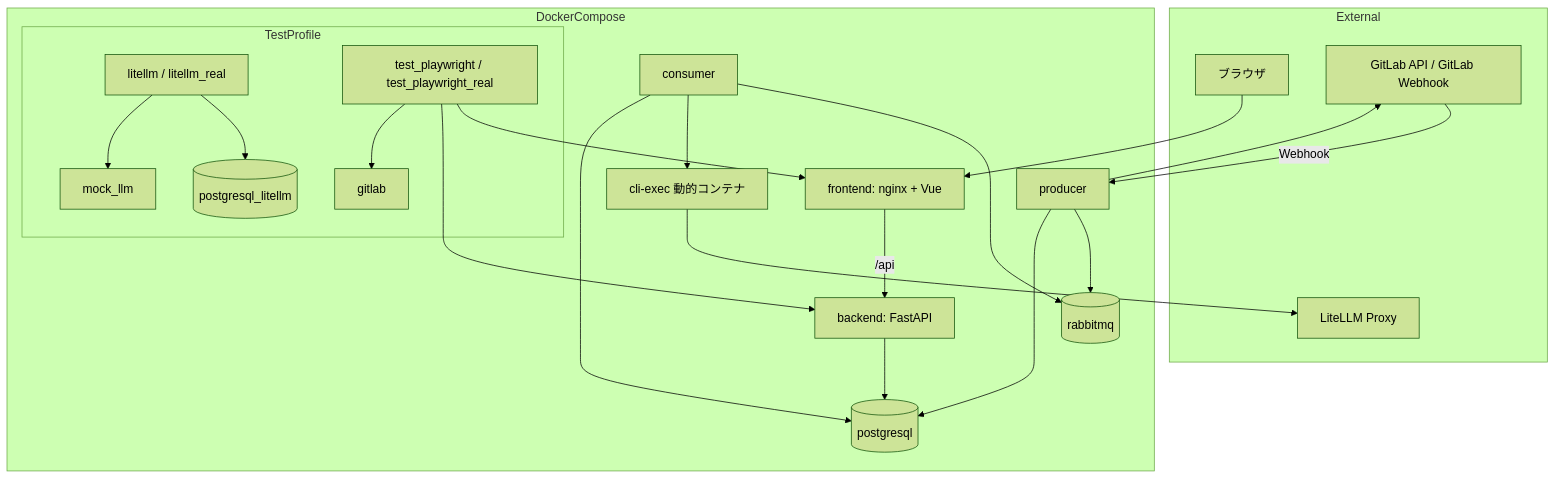
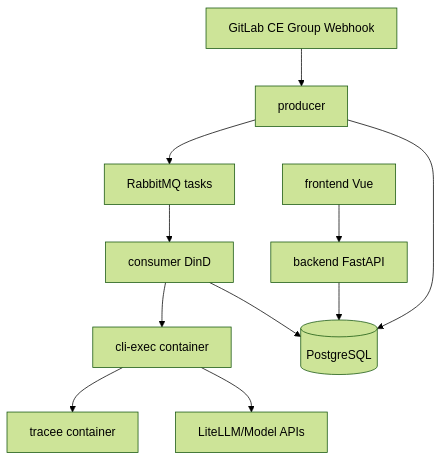
One commit to notfolder/CodingAgentAutomata changed the first of 9 diagrams in docs/detail_design.md. Above: the diagram before and after it, drawn with Mermaid (forest theme). The commit also changed other lines of this file and 5 other files, not shown here.

````diff
--- a/docs/detail_design.md
+++ b/docs/detail_design.md
@@ -49,43 +40,24 @@
 ```mermaid
-graph TB
-    subgraph External
-        Browser[ブラウザ]
-        GitLabExt[GitLab API / GitLab Webhook]
-        LLM[LiteLLM Proxy]
-    end
+flowchart TD
+    GL[GitLab CE Group Webhook]
+    PR[producer]
+    MQ[RabbitMQ tasks]
+    CS[consumer DinD]
+    CL[cli-exec container]
+    TR[tracee container]
+    BK[backend FastAPI]
+    FE[frontend Vue]
+    DB[(PostgreSQL)]
+    LT[LiteLLM/Model APIs]
 
-    subgraph DockerCompose
-        Frontend[frontend: nginx + Vue]
-        Backend[backend: FastAPI]
-        Producer[producer]
-        Consumer[consumer]
-        Postgres[(postgresql)]
-        Rabbit[(rabbitmq)]
-        CliExec[cli-exec 動的コンテナ]
-
-        subgraph TestProfile
-            GitLabCE[gitlab]
-            MockLLM[mock_llm]
-            LiteLLM[litellm / litellm_real]
-            PW[test_playwright / test_playwright_real]
-            LiteDB[(postgresql_litellm)]
-        end
-    end
-
-    Browser --> Frontend
-    Frontend -->|/api| Backend
-    Producer --> GitLabExt
-    GitLabExt -->|Webhook| Producer
-    Producer --> Rabbit
-    Consumer --> Rabbit
-    Consumer --> CliExec
-    CliExec --> LLM
-    Backend --> Postgres
-    Producer --> Postgres
-    Consumer --> Postgres
-    LiteLLM --> LiteDB
-    LiteLLM --> MockLLM
-    PW --> Frontend
-    PW --> Backend
-    PW --> GitLabCE
+    GL --> PR
+    PR --> MQ
+    MQ --> CS
+    CS --> CL
+    CL --> TR
+    CL --> LT
+    FE --> BK
+    BK --> DB
+    PR --> DB
+    CS --> DB
 ```
````
